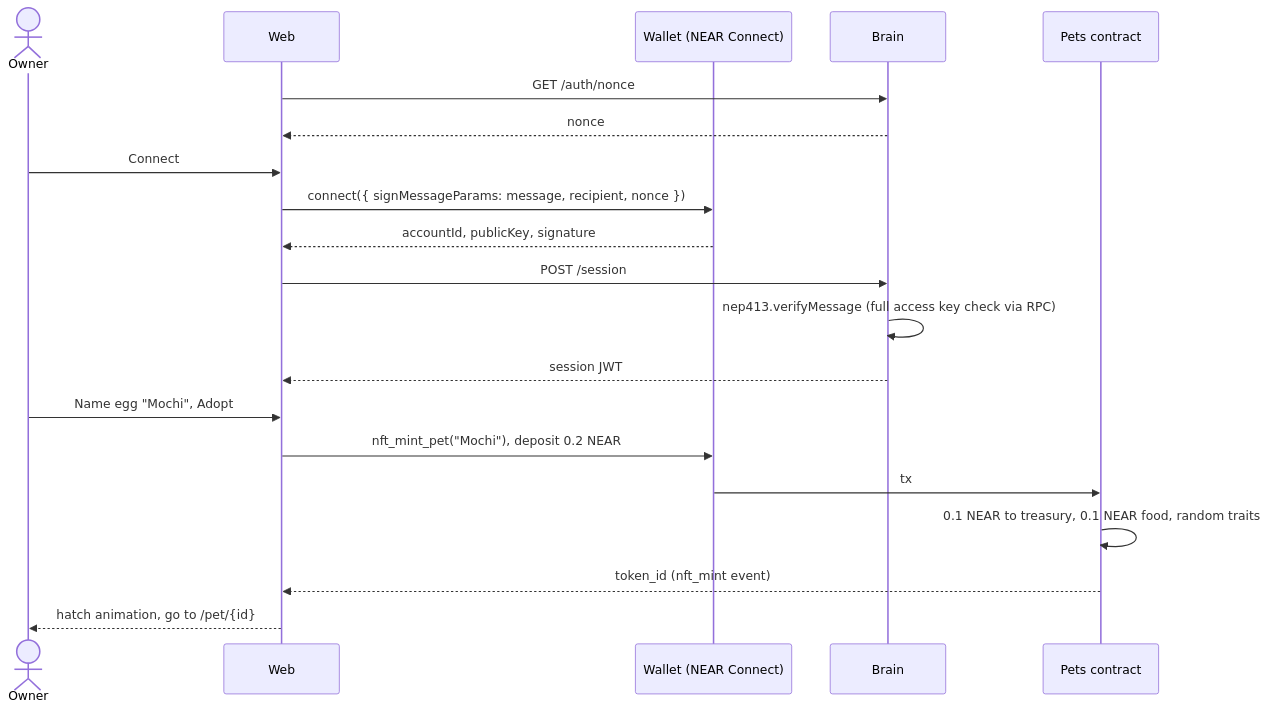
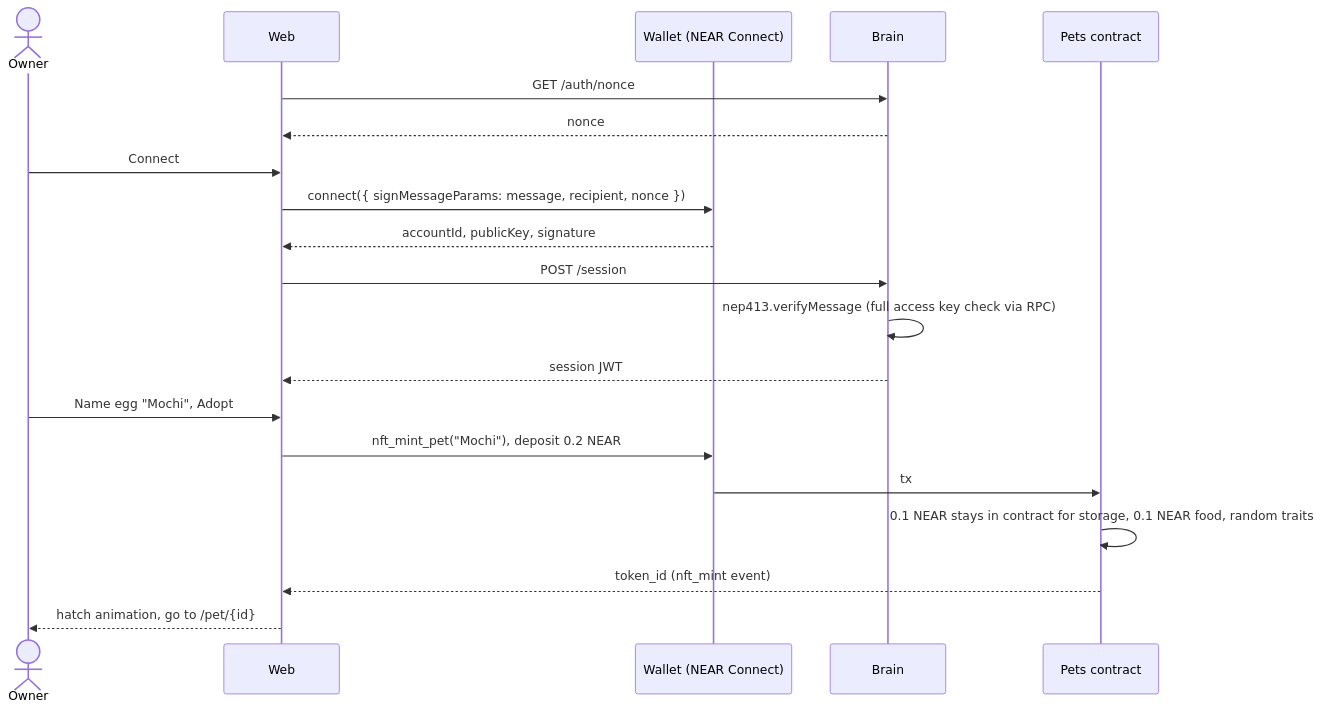
Before and after one commit to JNHNG0205/Nearling: the tenth of 17 diagrams in Architecture.md, drawn with Mermaid. The commit also changed other lines of this file and 3 other files, not shown here.

First line of the commit message:
docs: align architecture with the contract as built (M1 to M4)

````diff
--- a/Architecture.md
+++ b/Architecture.md
@@ -509,22 +524,22 @@
 ```mermaid
 sequenceDiagram
   actor U as Owner
   participant W as Web
   participant WL as Wallet (NEAR Connect)
   participant B as Brain
   participant C as Pets contract
   W->>B: GET /auth/nonce
   B-->>W: nonce
   U->>W: Connect
   W->>WL: connect({ signMessageParams: message, recipient, nonce })
   WL-->>W: accountId, publicKey, signature
   W->>B: POST /session
   B->>B: nep413.verifyMessage (full access key check via RPC)
   B-->>W: session JWT
   U->>W: Name egg "Mochi", Adopt
   W->>WL: nft_mint_pet("Mochi"), deposit 0.2 NEAR
   WL->>C: tx
-  C->>C: 0.1 NEAR to treasury, 0.1 NEAR food, random traits
+  C->>C: 0.1 NEAR stays in contract for storage, 0.1 NEAR food, random traits
   C-->>W: token_id (nft_mint event)
   W-->>U: hatch animation, go to /pet/{id}
 ```
````
